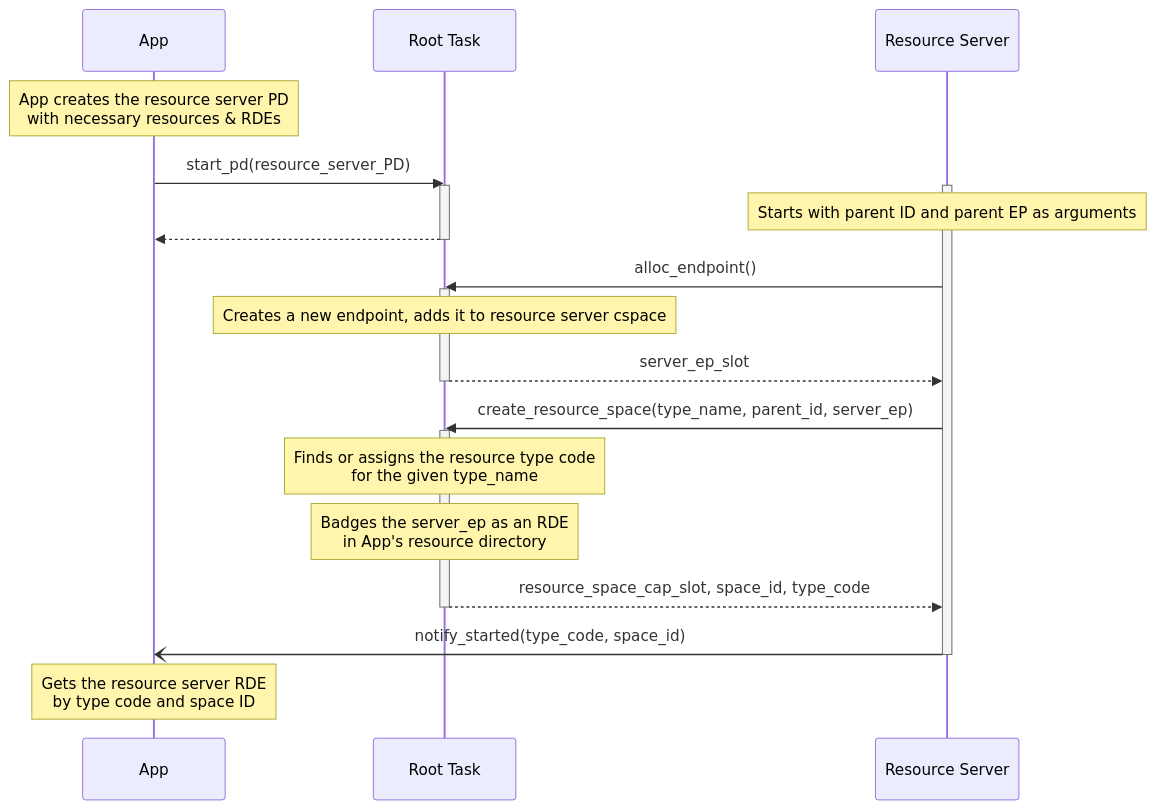
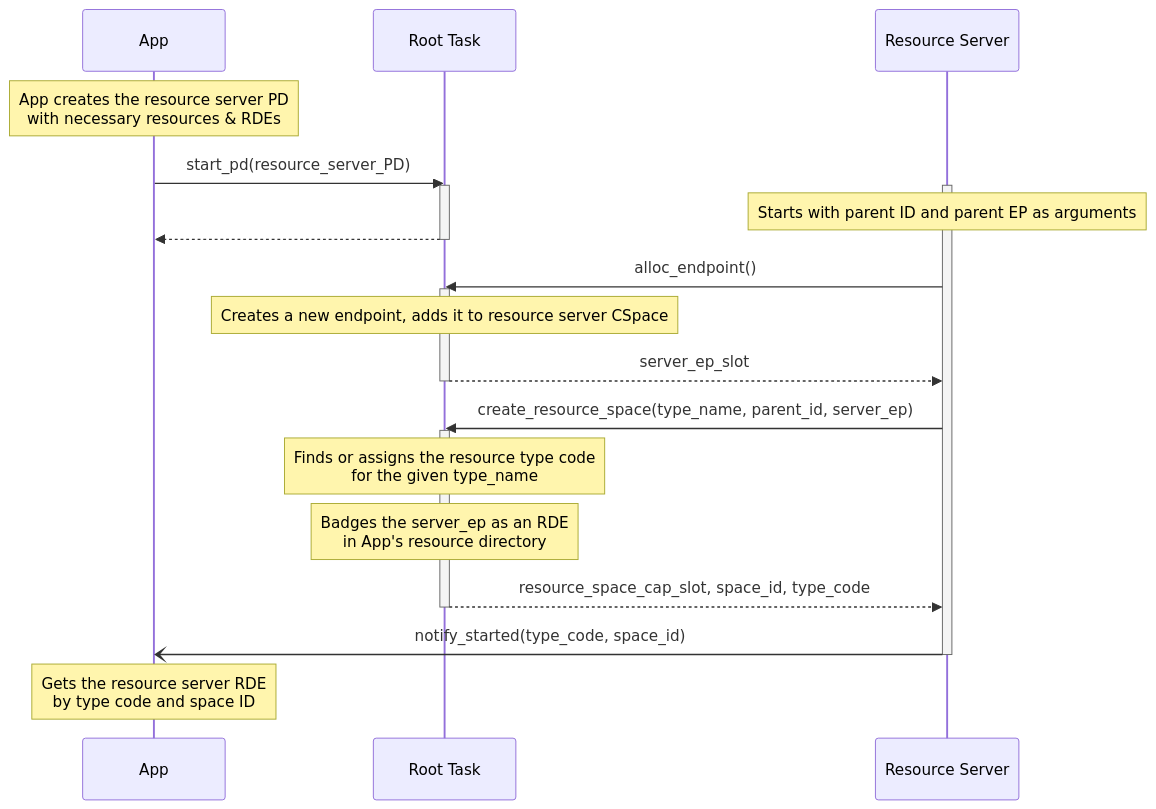
One commit to sid-agrawal/CellulOS-Docs changed the diagram in docs/source/figures/resource_server_startup.mmd. Above: the diagram before and after it, drawn with Mermaid. The commit also changed 20 other files, not shown here.

```diff
--- a/docs/source/figures/resource_server_startup.mmd
+++ b/docs/source/figures/resource_server_startup.mmd
@@ -1,31 +1,31 @@
 sequenceDiagram
     participant App
     participant RT as Root Task
     participant RS as Resource Server
 
 
     note over App: App creates the resource server PD <br> with necessary resources & RDEs
     App->>RT: start_pd(resource_server_PD)
     activate RT
     activate RS
     note over RS: Starts with parent ID and parent EP as arguments
     RT-->>App: 
     deactivate RT
 
     RS->>RT: alloc_endpoint()
     activate RT
-    note over RT: Creates a new endpoint, adds it to resource server cspace
+    note over RT: Creates a new endpoint, adds it to resource server CSpace
     RT-->>RS: server_ep_slot
     deactivate RT
 
     RS->>RT: create_resource_space(type_name, parent_id, server_ep)
     activate RT
     note over RT: Finds or assigns the resource type code <br> for the given type_name
     note over RT: Badges the server_ep as an RDE <br> in App's resource directory
     RT-->>RS: resource_space_cap_slot, space_id, type_code
     deactivate RT
 
     RS-)App: notify_started(type_code, space_id)
     deactivate RS
 
     note over App: Gets the resource server RDE <br> by type code and space ID
```
